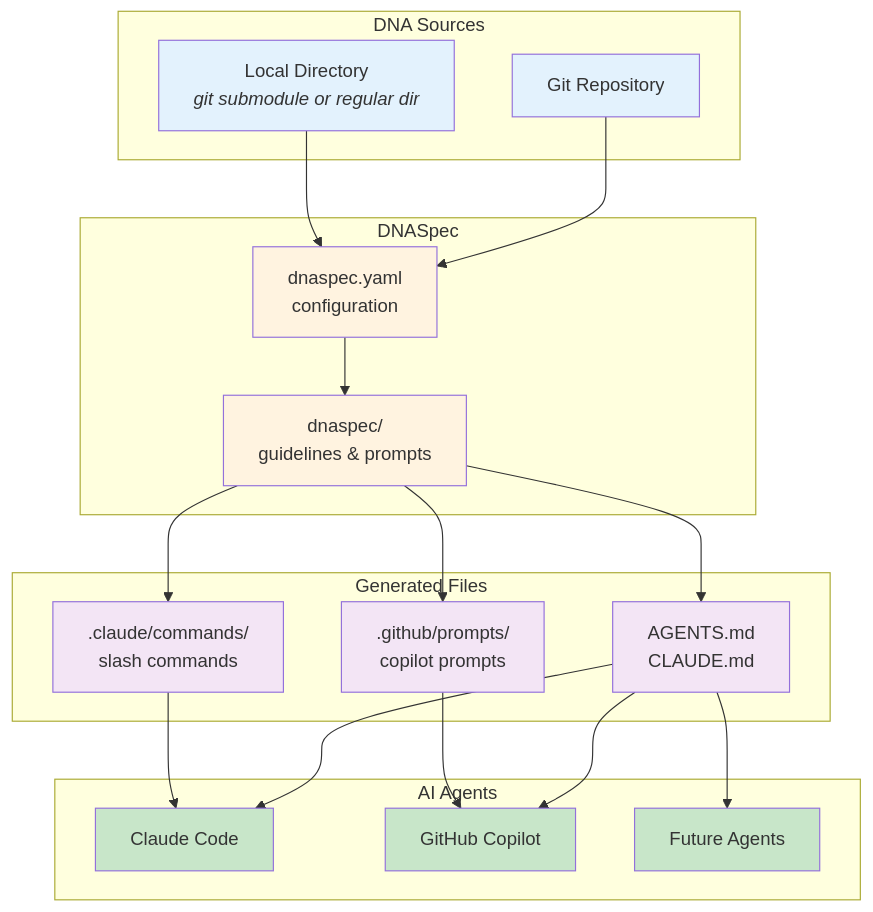
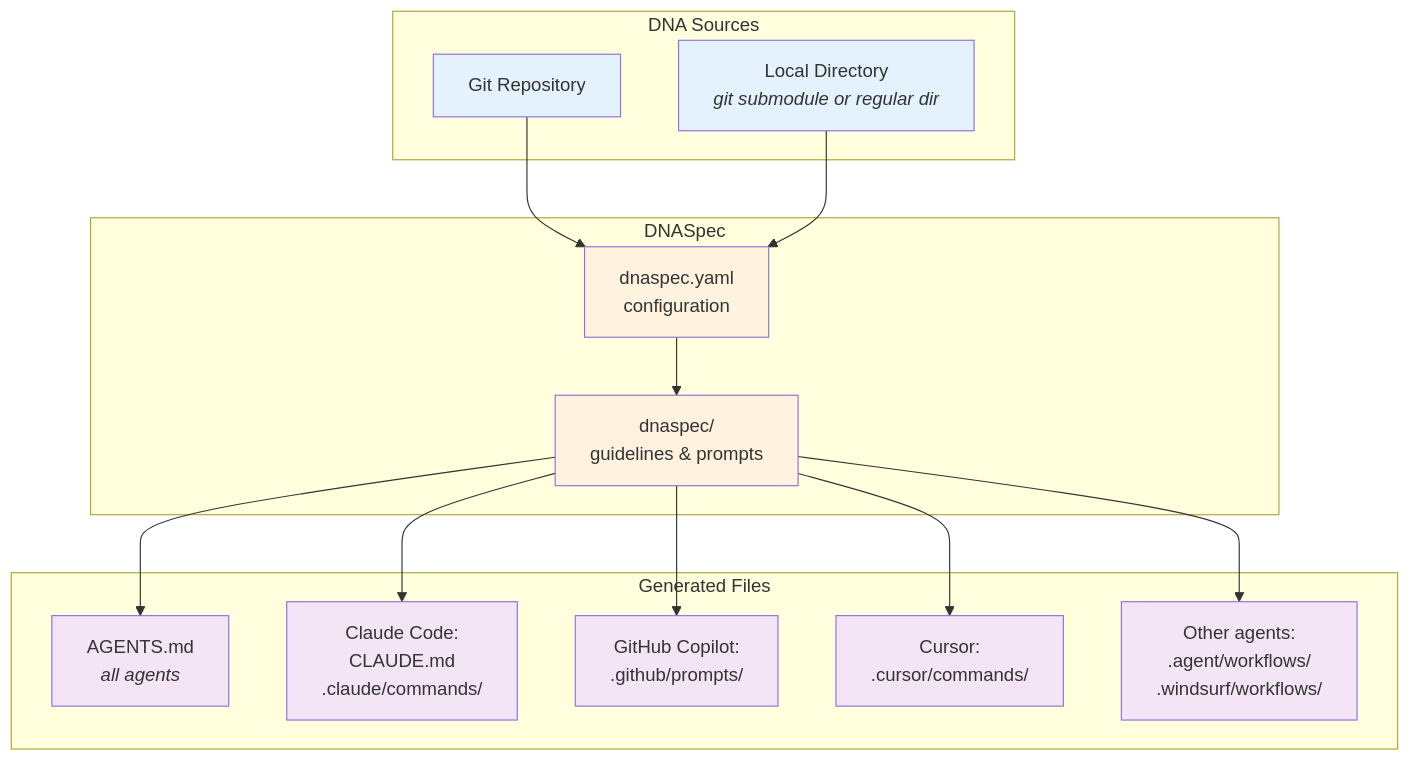
Before and after one commit to aviator5/dnaspec-origin: the second of 3 diagrams in README.md, drawn with Mermaid. The commit also changed other lines of this file, not shown here.

````diff
--- a/README.md
+++ b/README.md
@@ -123,47 +123,39 @@
 ```mermaid
 graph TB
     subgraph "DNA Sources"
         S1[Git Repository]
         S2[Local Directory<br/><i>git submodule or regular dir</i>]
     end
 
     subgraph "DNASpec"
         D[dnaspec.yaml<br/>configuration]
         G[dnaspec/<br/>guidelines & prompts]
     end
 
     subgraph "Generated Files"
-        M[AGENTS.md<br/>CLAUDE.md]
-        C[.claude/commands/<br/>slash commands]
-        GP[.github/prompts/<br/>copilot prompts]
-    end
-
-    subgraph "AI Agents"
-        A1[Claude Code]
-        A2[GitHub Copilot]
-        A3[Future Agents]
+        M[AGENTS.md<br/><i>all agents</i>]
+        CC[Claude Code:<br/>CLAUDE.md<br/>.claude/commands/]
+        GC[GitHub Copilot:<br/>.github/prompts/]
+        CR[Cursor:<br/>.cursor/commands/]
+        OA[Other agents:<br/>.agent/workflows/<br/>.windsurf/workflows/]
     end
 
     S1 --> D
     S2 --> D
     D --> G
     G --> M
-    G --> C
-    G --> GP
-    M --> A1
-    M --> A2
-    M --> A3
-    C --> A1
-    GP --> A2
+    G --> CC
+    G --> GC
+    G --> CR
+    G --> OA
 
     style S1 fill:#e3f2fd
     style S2 fill:#e3f2fd
     style D fill:#fff3e0
     style G fill:#fff3e0
     style M fill:#f3e5f5
-    style C fill:#f3e5f5
-    style GP fill:#f3e5f5
-    style A1 fill:#c8e6c9
-    style A2 fill:#c8e6c9
-    style A3 fill:#c8e6c9
+    style CC fill:#f3e5f5
+    style GC fill:#f3e5f5
+    style CR fill:#f3e5f5
+    style OA fill:#f3e5f5
 ```
````
